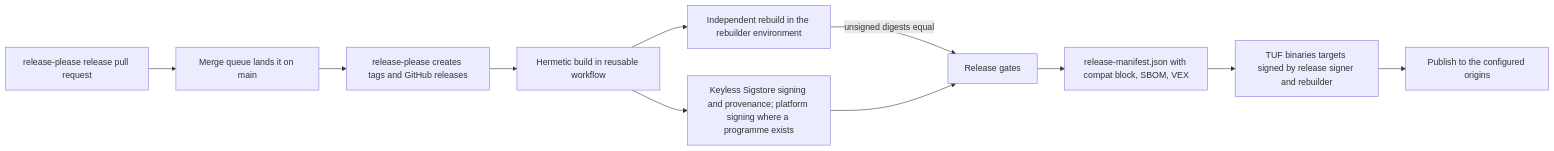
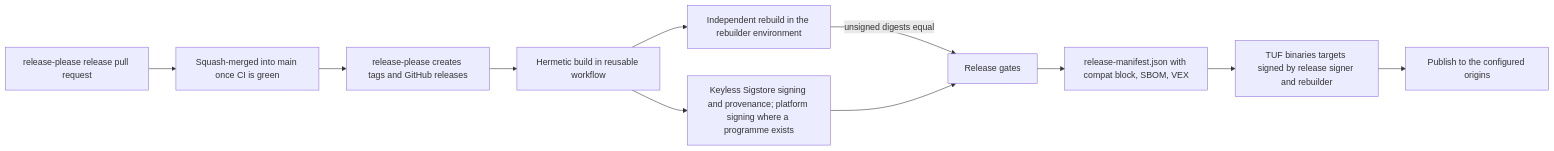
Before and after one commit to 416rehman/Guardrails: the second of 2 diagrams in docs/design/24-deployment-and-packaging.md, drawn with Mermaid. The commit also changed other lines of this file and 26 other files, not shown here.

````diff
--- a/docs/design/24-deployment-and-packaging.md
+++ b/docs/design/24-deployment-and-packaging.md
@@ -353,13 +353,13 @@
 ```mermaid
 flowchart LR
-  RP[release-please release pull request] --> MQ[Merge queue lands it on main]
+  RP[release-please release pull request] --> MQ[Squash-merged into main once CI is green]
   MQ --> TG[release-please creates tags and GitHub releases]
   TG --> B[Hermetic build in reusable workflow]
   B --> RB[Independent rebuild in the rebuilder environment]
   B --> SG[Keyless Sigstore signing and provenance; platform signing where a programme exists]
   RB -->|unsigned digests equal| GT[Release gates]
   SG --> GT
   GT --> MF[release-manifest.json with compat block, SBOM, VEX]
   MF --> TS[TUF binaries targets signed by release signer and rebuilder]
   TS --> PB[Publish to the configured origins]
 ```
````
